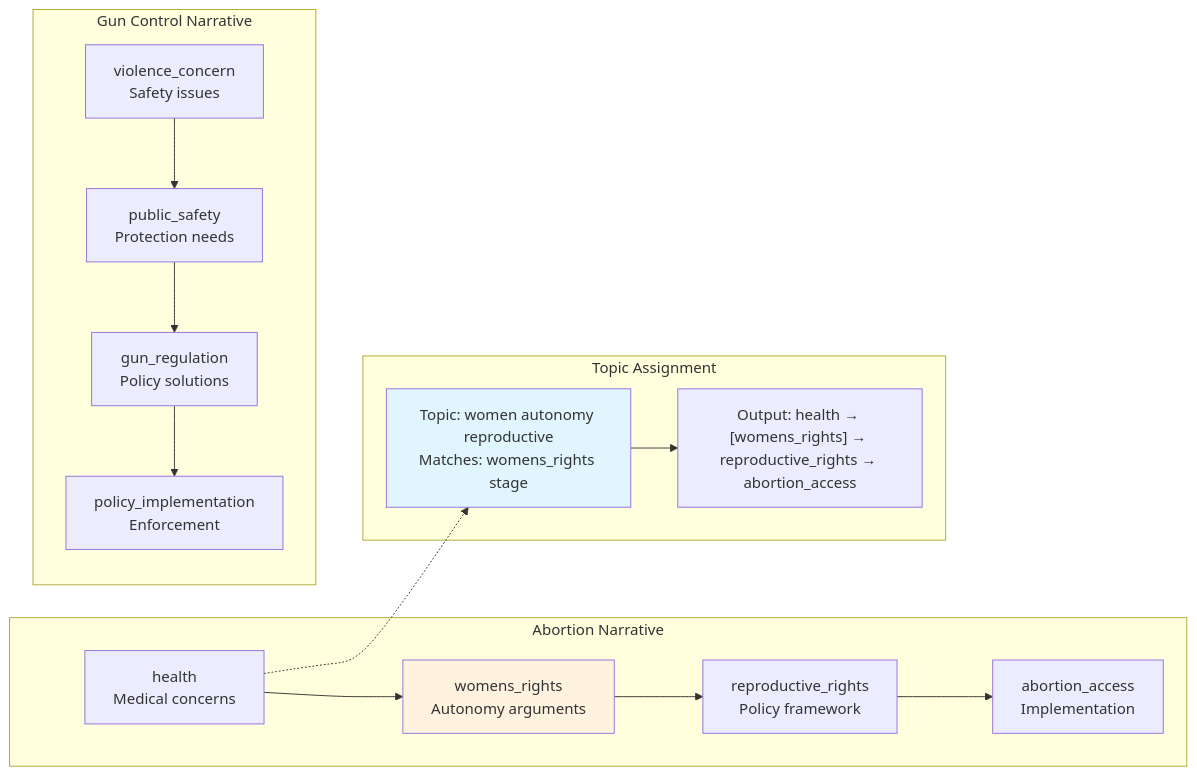
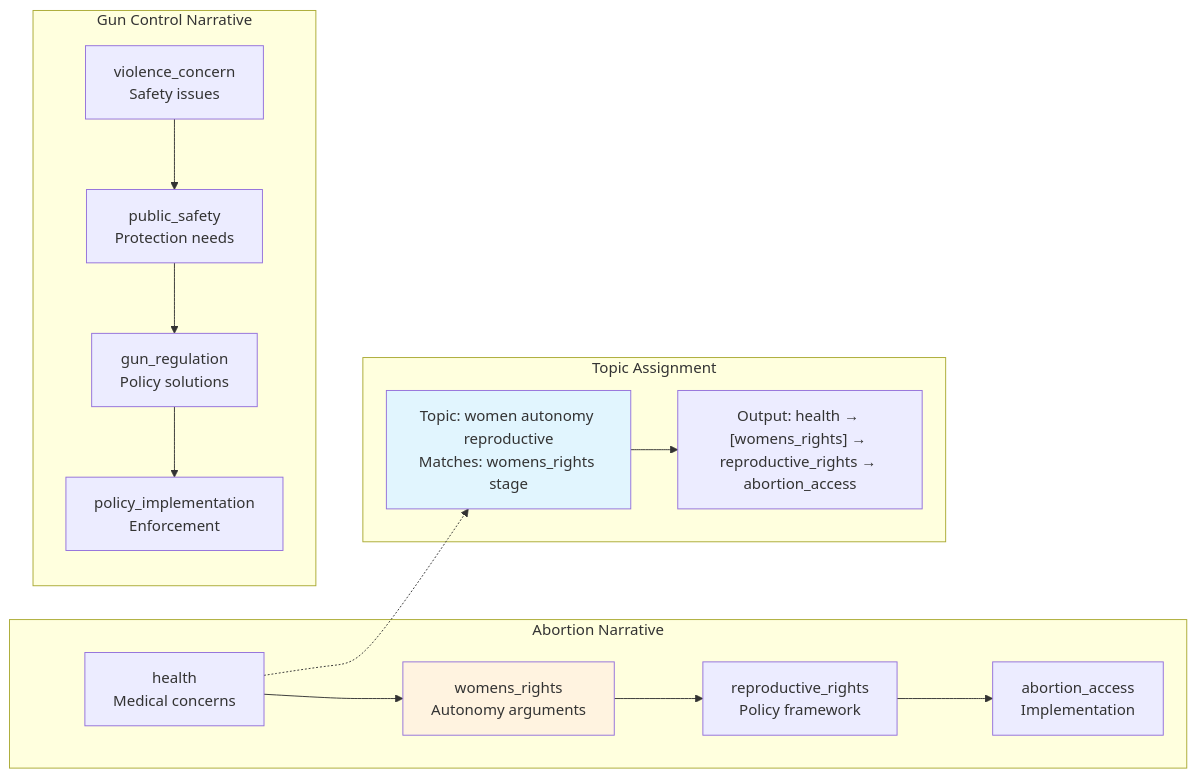
Before and after one commit to Armaniii/Deliberation-Representation: the fifth of 5 diagrams in README.md, drawn with Mermaid. The commit also changed other lines of this file and 1 other file, not shown here.

````diff
--- a/README.md
+++ b/README.md
@@ -342,25 +440,35 @@
 ```mermaid
+%%{init: {"flowchart": {"htmlLabels": false}} }%%
 flowchart LR
     subgraph "Abortion Narrative"
-        A["health\nMedical concerns"] --> B["womens_rights\nAutonomy arguments"]
-        B --> C["reproductive_rights\nPolicy framework"]
-        C --> D["abortion_access\nImplementation"]
+        A["`health
+        Medical concerns`"] --> B["`womens_rights
+        Autonomy arguments`"]
+        B --> C["`reproductive_rights
+        Policy framework`"]
+        C --> D["`abortion_access
+        Implementation`"]
     end
     
     subgraph "Gun Control Narrative"
-        E["violence_concern\nSafety issues"] --> F["public_safety\nProtection needs"]
-        F --> G["gun_regulation\nPolicy solutions"]
-        G --> H["policy_implementation\nEnforcement"]
+        E["`violence_concern
+        Safety issues`"] --> F["`public_safety
+        Protection needs`"]
+        F --> G["`gun_regulation
+        Policy solutions`"]
+        G --> H["`policy_implementation
+        Enforcement`"]
     end
     
     subgraph "Topic Assignment"
-        I["Topic: women autonomy reproductive\nMatches: womens_rights stage"]
-        J["Output: health → [womens_rights] → reproductive_rights → abortion_access"]
+        I["`Topic: women autonomy reproductive
+        Matches: womens_rights stage`"]
+        J["`Output: health → [womens_rights] → reproductive_rights → abortion_access`"]
     end
     
     A -.-> I
     I --> J
     
     style B fill:#fff3e0
     style I fill:#e1f5fe
 ```
````
